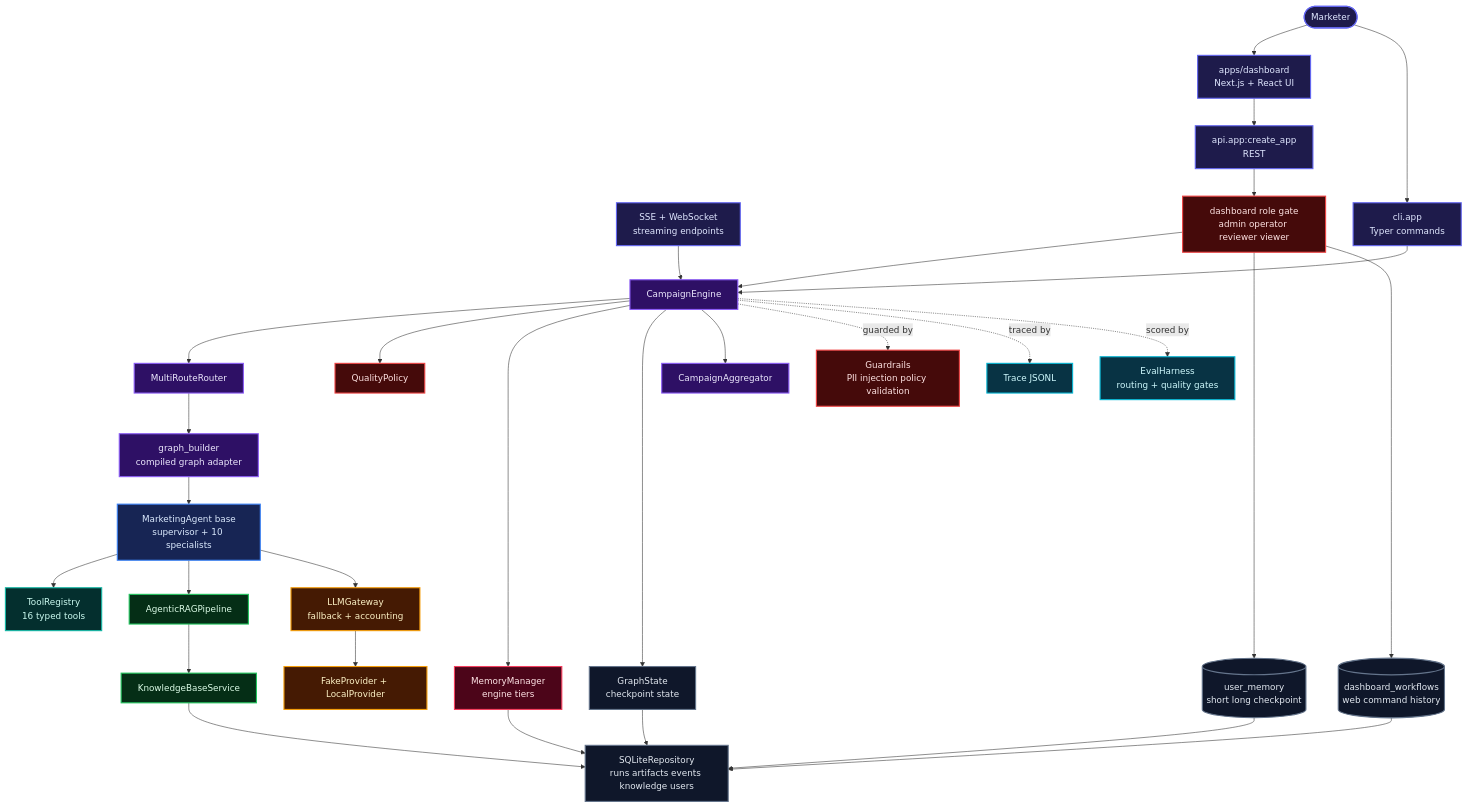
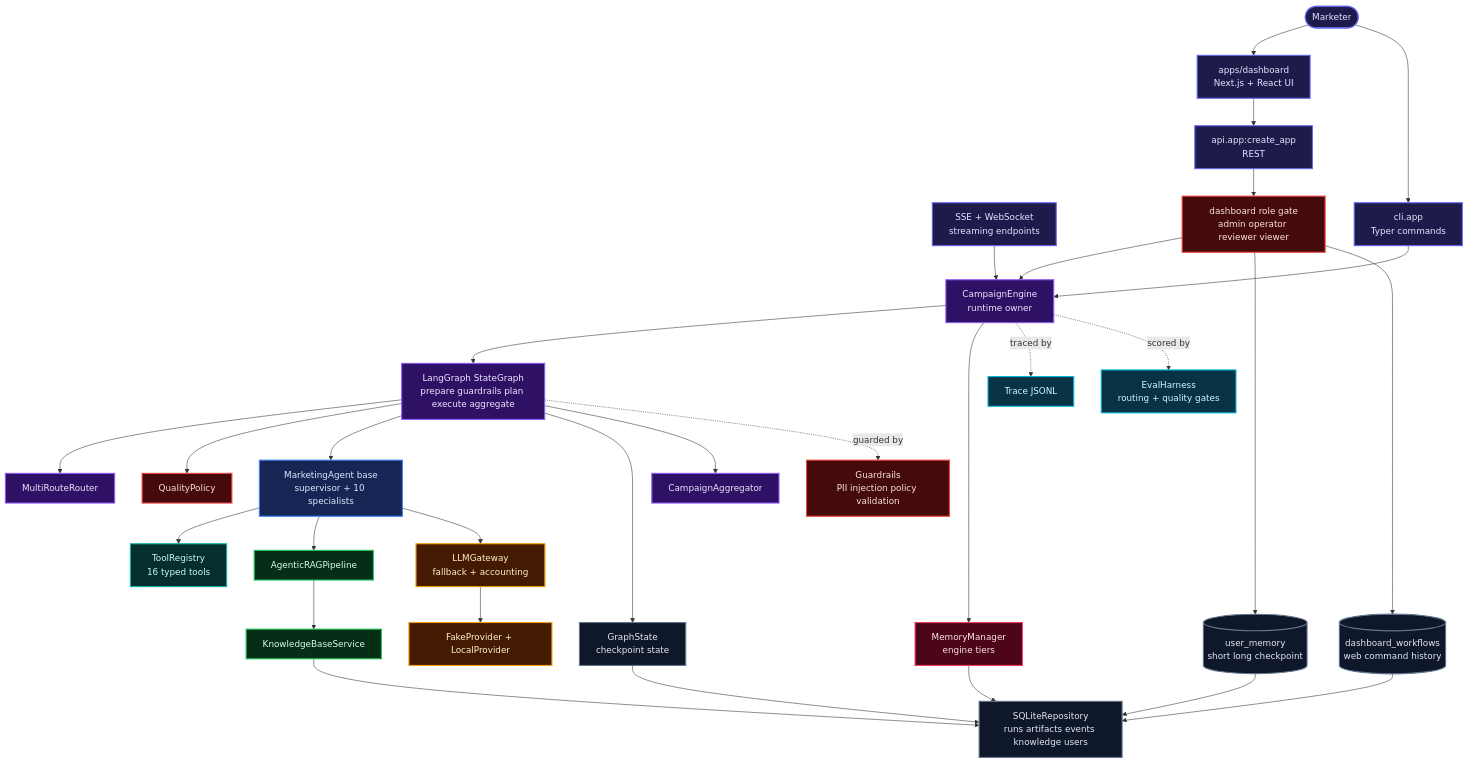
The first of 8 diagrams in README.md (shakehasan/Agentic-Studio), drawn with Mermaid before and after one commit. The commit also changed other lines of this file and 7 other files, not shown here.

Commit message:
Add LangGraph orchestration runtime

````diff
--- a/README.md
+++ b/README.md
@@ -57,67 +59,68 @@
 ```mermaid
 flowchart TB
     classDef iface fill:#1e1b4b,stroke:#6366f1,stroke-width:2px,color:#e0e7ff
     classDef orch  fill:#2e1065,stroke:#8b5cf6,stroke-width:2px,color:#ede9fe
     classDef agent fill:#172554,stroke:#3b82f6,stroke-width:2px,color:#dbeafe
     classDef tool  fill:#042f2e,stroke:#14b8a6,stroke-width:2px,color:#ccfbf1
     classDef llm   fill:#451a03,stroke:#f59e0b,stroke-width:2px,color:#fef3c7
     classDef rag   fill:#052e16,stroke:#22c55e,stroke-width:2px,color:#dcfce7
     classDef mem   fill:#4c0519,stroke:#f43f5e,stroke-width:2px,color:#ffe4e6
     classDef gate  fill:#450a0a,stroke:#ef4444,stroke-width:2px,color:#fee2e2
     classDef obs   fill:#083344,stroke:#06b6d4,stroke-width:2px,color:#cffafe
     classDef store fill:#0f172a,stroke:#64748b,stroke-width:2px,color:#e2e8f0
 
     USER([Marketer]):::iface
     WEB["apps/dashboard<br/>Next.js + React UI"]:::iface
     API["api.app:create_app<br/>REST"]:::iface
     STREAM["SSE + WebSocket<br/>streaming endpoints"]:::iface
     CLI["cli.app<br/>Typer commands"]:::iface
     RBAC["dashboard role gate<br/>admin operator reviewer viewer"]:::gate
-    ENGINE["CampaignEngine"]:::orch
+    ENGINE["CampaignEngine<br/>runtime owner"]:::orch
+    GRAPH["LangGraph StateGraph<br/>prepare guardrails plan execute aggregate"]:::orch
     ROUTER["MultiRouteRouter"]:::orch
-    GRAPH["graph_builder<br/>compiled graph adapter"]:::orch
     POLICY["QualityPolicy"]:::gate
     AGG["CampaignAggregator"]:::orch
     AGENTS["MarketingAgent base<br/>supervisor + 10 specialists"]:::agent
     TOOLS["ToolRegistry<br/>16 typed tools"]:::tool
     RAGP["AgenticRAGPipeline"]:::rag
     KBS["KnowledgeBaseService"]:::rag
     GATEWAY["LLMGateway<br/>fallback + accounting"]:::llm
     PROVIDERS["FakeProvider + LocalProvider"]:::llm
     MEM["MemoryManager<br/>engine tiers"]:::mem
     USERMEM[("user_memory<br/>short long checkpoint")]:::store
     DASHRUNS[("dashboard_workflows<br/>web command history")]:::store
     STATE["GraphState<br/>checkpoint state"]:::store
     SQL["SQLiteRepository<br/>runs artifacts events knowledge users"]:::store
     TRACE["Trace JSONL"]:::obs
     GUARD["Guardrails<br/>PII injection policy validation"]:::gate
     EVAL["EvalHarness<br/>routing + quality gates"]:::obs
 
     USER --> WEB
     WEB --> API
     USER --> CLI
     API --> RBAC
     RBAC --> ENGINE
     STREAM --> ENGINE
     CLI --> ENGINE
-    ENGINE --> ROUTER --> GRAPH
-    ENGINE --> POLICY
+    ENGINE --> GRAPH
+    GRAPH --> ROUTER
+    GRAPH --> POLICY
     GRAPH --> AGENTS
     AGENTS --> TOOLS
     AGENTS --> RAGP
     AGENTS --> GATEWAY --> PROVIDERS
     RAGP --> KBS
     ENGINE --> MEM
-    ENGINE --> STATE
-    ENGINE --> AGG
+    GRAPH --> STATE
+    GRAPH --> AGG
     STATE --> SQL
     MEM --> SQL
     RBAC --> USERMEM
     RBAC --> DASHRUNS
     USERMEM --> SQL
     DASHRUNS --> SQL
     KBS --> SQL
-    ENGINE -.guarded by.-> GUARD
+    GRAPH -.guarded by.-> GUARD
     ENGINE -.traced by.-> TRACE
     ENGINE -.scored by.-> EVAL
 ```
````
